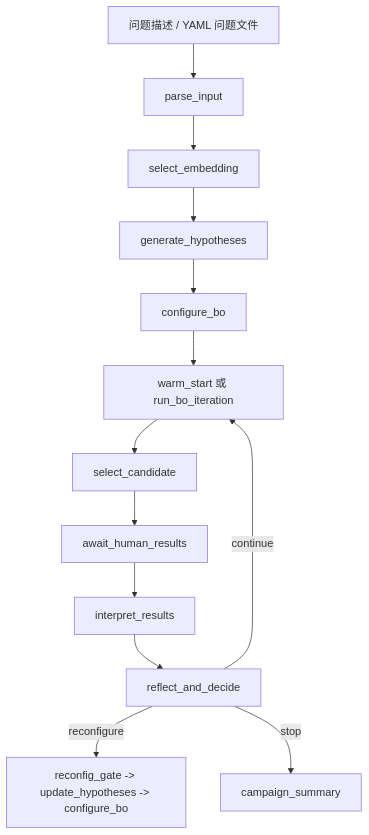
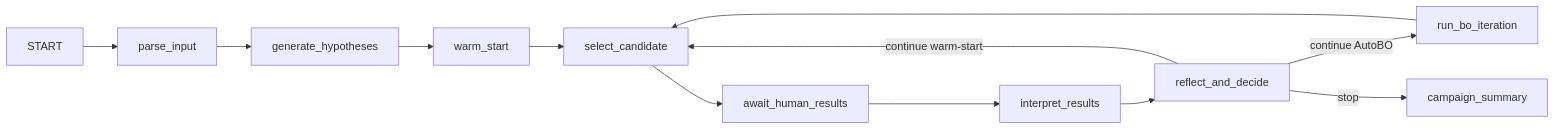
Before and after one commit to scsystem1/ChemBO-Agent: the diagram in chembo_code_walkthrough.md, drawn with Mermaid. The commit also changed other lines of this file and 15 other files, not shown here.

````diff
--- a/chembo_code_walkthrough.md
+++ b/chembo_code_walkthrough.md
@@ -47,15 +15,14 @@
 ```mermaid
-flowchart TD
-    A["问题描述 / YAML 问题文件"] --> B["parse_input"]
-    B --> C["select_embedding"]
-    C --> D["generate_hypotheses"]
-    D --> E["configure_bo"]
-    E --> F["warm_start 或 run_bo_iteration"]
-    F --> G["select_candidate"]
-    G --> H["await_human_results"]
-    H --> I["interpret_results"]
-    I --> J["reflect_and_decide"]
-    J -->|continue| F
-    J -->|reconfigure| K["reconfig_gate -> update_hypotheses -> configure_bo"]
-    J -->|stop| L["campaign_summary"]
+flowchart LR
+    A["START"] --> B["parse_input"]
+    B --> C["generate_hypotheses"]
+    C --> D["warm_start"]
+    D --> E["select_candidate"]
+    E --> F["await_human_results"]
+    F --> G["interpret_results"]
+    G --> H["reflect_and_decide"]
+    H -->|continue warm-start| E
+    H -->|continue AutoBO| I["run_bo_iteration"]
+    I --> E
+    H -->|stop| J["campaign_summary"]
 ```
````
